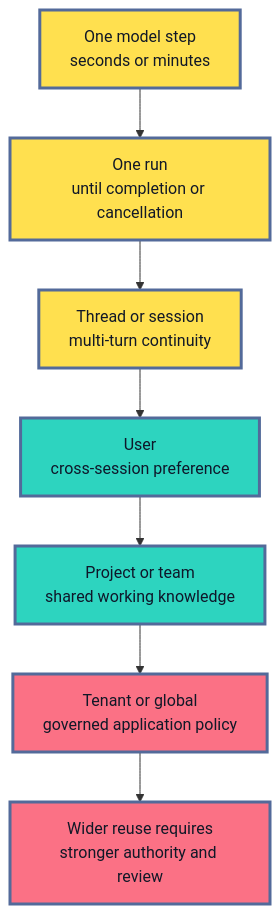
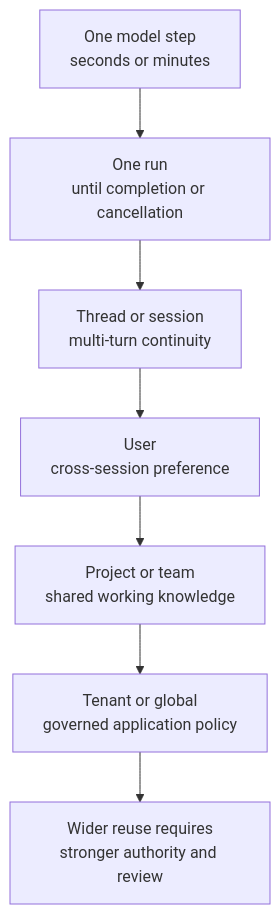
One commit to senlinyy/dev-roadmaps changed the third of 14 diagrams in roadmaps/mlops/modules/llmops/context-engineering/03-memory-and-state.md. Above: the diagram before and after it, drawn with Mermaid. The commit also changed other lines of this file and 152 other files, not shown here.

Commit message:
feat: mlops and diagrams updated

````diff
--- a/roadmaps/mlops/modules/llmops/context-engineering/03-memory-and-state.md
+++ b/roadmaps/mlops/modules/llmops/context-engineering/03-memory-and-state.md
@@ -249,16 +242,13 @@
 ```mermaid
 flowchart TD
     A["One model step<br/>seconds or minutes"] --> B["One run<br/>until completion or cancellation"]
     B --> C["Thread or session<br/>multi-turn continuity"]
     C --> D["User<br/>cross-session preference"]
     D --> E["Project or team<br/>shared working knowledge"]
     E --> F["Tenant or global<br/>governed application policy"]
     F --> G["Wider reuse requires<br/>stronger authority and review"]
 
-    classDef short fill:#FFE04F,stroke:#536A9A,stroke-width:3px,color:#111827
-    classDef durable fill:#2DD4BF,stroke:#536A9A,stroke-width:3px,color:#0F172A
-    classDef governed fill:#FB7185,stroke:#536A9A,stroke-width:3px,color:#111827
     class A,B,C short
     class D,E durable
     class F,G governed
 ```
````
